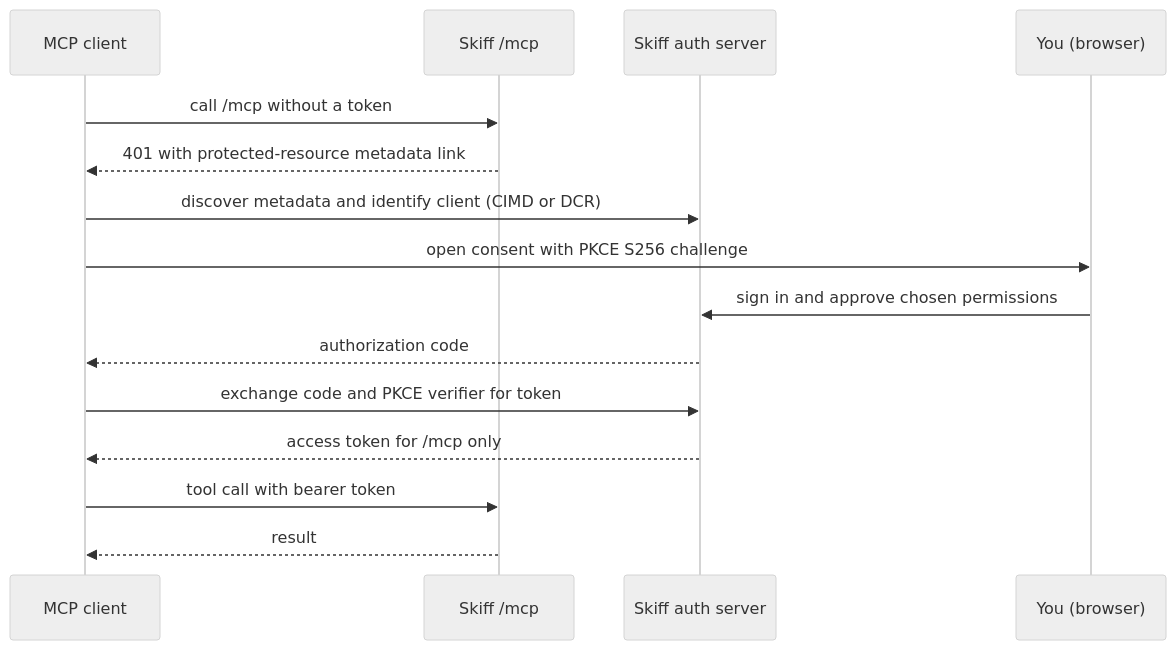
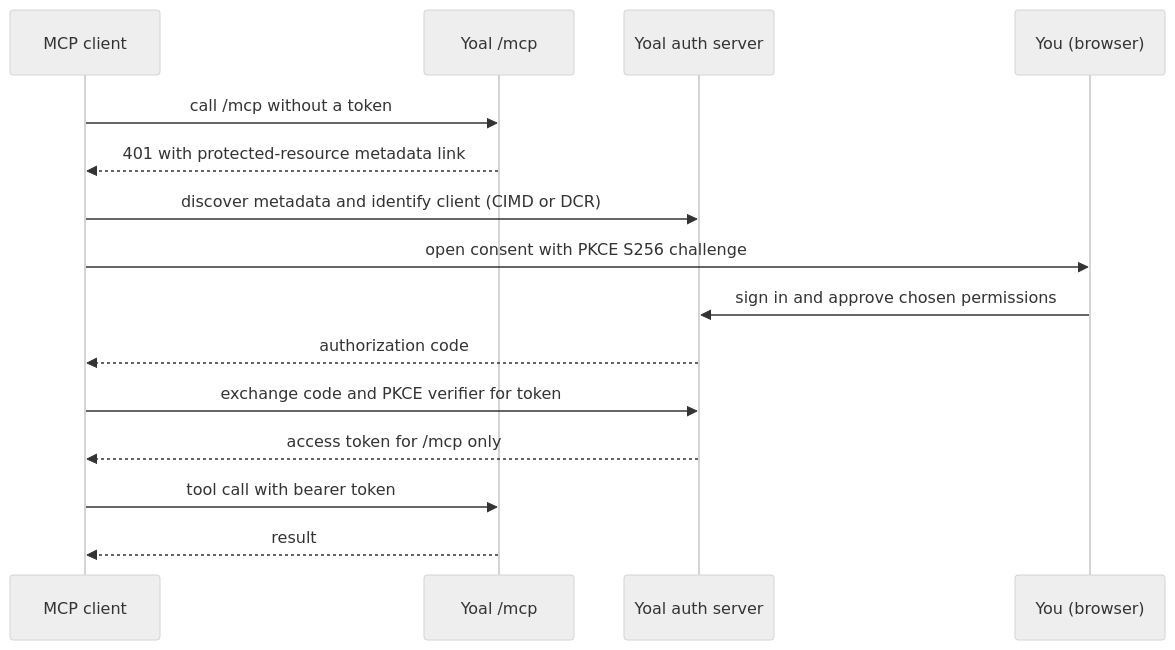
Before and after one commit to KieranHolroyd/skiff: the first of 2 diagrams in packages/docs/content/clients/mcp.md, drawn with Mermaid (neutral theme). The commit also changed other lines of this file and 1869 other files, not shown here.

````diff
--- a/packages/docs/content/clients/mcp.md
+++ b/packages/docs/content/clients/mcp.md
@@ -33,17 +33,17 @@
 ```mermaid
 sequenceDiagram
   participant C as MCP client
-  participant M as Skiff /mcp
-  participant A as Skiff auth server
+  participant M as Yoal /mcp
+  participant A as Yoal auth server
   participant U as You (browser)
   C->>M: call /mcp without a token
   M-->>C: 401 with protected-resource metadata link
   C->>A: discover metadata and identify client (CIMD or DCR)
   C->>U: open consent with PKCE S256 challenge
   U->>A: sign in and approve chosen permissions
   A-->>C: authorization code
   C->>A: exchange code and PKCE verifier for token
   A-->>C: access token for /mcp only
   C->>M: tool call with bearer token
   M-->>C: result
 ```
````
